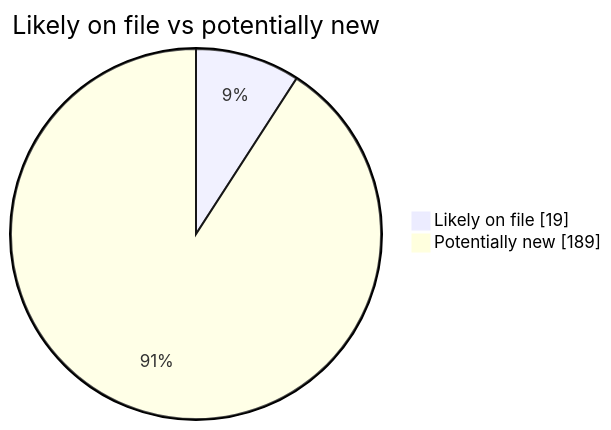
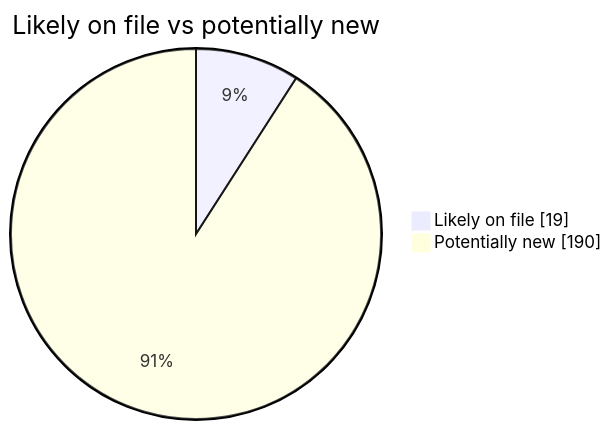
One commit to martinbalfanz/social-scanner-reports changed the second of 4 diagrams in README.md. Above: the diagram before and after it, drawn with Mermaid. The commit also changed other lines of this file and 2 other files, not shown here.

````diff
--- a/README.md
+++ b/README.md
@@ -40,5 +40,5 @@
 ```mermaid
 pie showData title Likely on file vs potentially new
     "Likely on file" : 19
-    "Potentially new" : 189
+    "Potentially new" : 190
 ```
````
